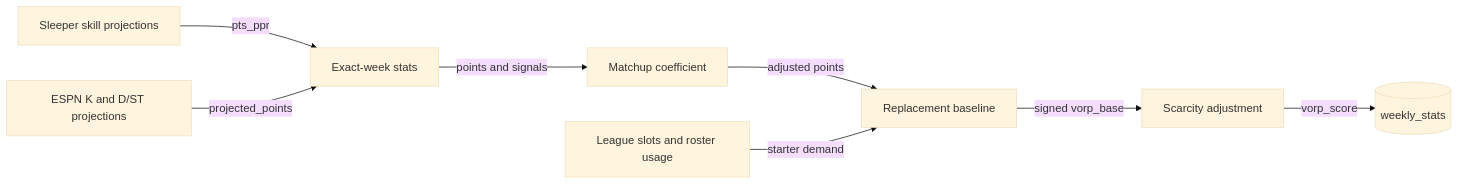
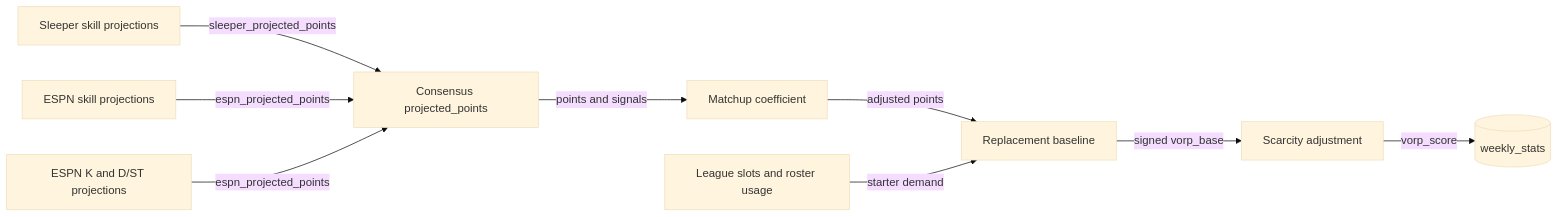
Before and after one commit to cvillarr23/fantasy-core-pipeline: the first of 2 diagrams in docs/decision-pipelines/projections-and-vorp.md, drawn with Mermaid (base theme). The commit also changed other lines of this file and 23 other files, not shown here.

First line of the commit message:
Base projections and VORP on an ESPN+Sleeper consensus (#462)

````diff
--- a/docs/decision-pipelines/projections-and-vorp.md
+++ b/docs/decision-pipelines/projections-and-vorp.md
@@ -9,10 +9,11 @@
 ```mermaid
 flowchart LR
-    S[Sleeper skill projections] -->|pts_ppr| P[Exact-week stats]
-    E[ESPN K and D/ST projections] -->|projected_points| P
+    S[Sleeper skill projections] -->|sleeper_projected_points| P[Consensus projected_points]
+    X[ESPN skill projections] -->|espn_projected_points| P
+    E[ESPN K and D/ST projections] -->|espn_projected_points| P
     P -->|points and signals| C[Matchup coefficient]
     C -->|adjusted points| B[Replacement baseline]
     L[League slots and roster usage] -->|starter demand| B
     B -->|signed vorp_base| V[Scarcity adjustment]
     V -->|vorp_score| W[(weekly_stats)]
 ```
````
